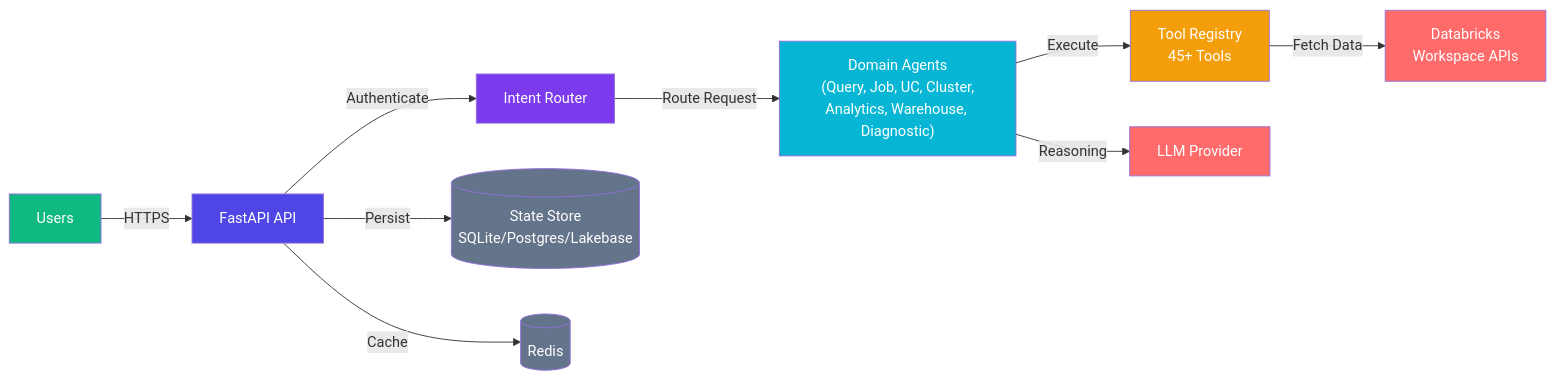
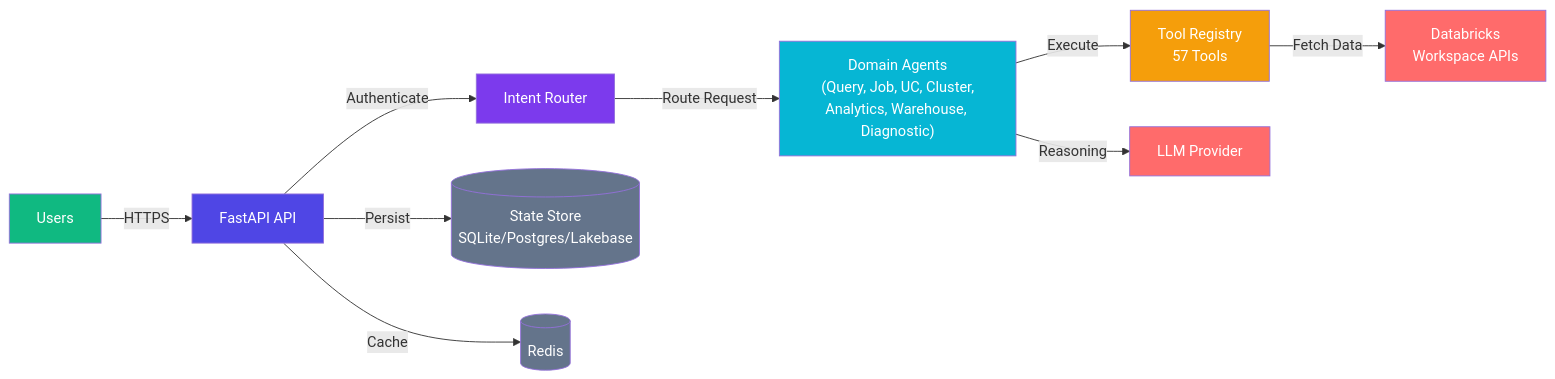
One commit to bluewatersql/starboard changed the diagram in docs/diagrams/source/architecture/system-overview-enhanced.mmd. Above: the diagram before and after it, drawn with Mermaid. The commit also changed 39 other files, not shown here.

```diff
--- a/docs/diagrams/source/architecture/system-overview-enhanced.mmd
+++ b/docs/diagrams/source/architecture/system-overview-enhanced.mmd
@@ -1,35 +1,35 @@
 %%{init: {'theme':'default', 'themeVariables': {'fontSize':'16px'}}}%%
 
 graph LR
     %% User Layer
     User[Users] -->|HTTPS| API[FastAPI API]
     
     %% API to Routing
     API -->|Authenticate| Router[Intent Router]
     
     %% Router to Agents
     Router -->|Route Request| Agents["Domain Agents<br/>(Query, Job, UC, Cluster,<br/>Analytics, Warehouse, Diagnostic)"]
     
     %% Agents to Tools
-    Agents -->|Execute| Tools[Tool Registry<br/>45+ Tools]
+    Agents -->|Execute| Tools[Tool Registry<br/>57 Tools]
     
     %% Agents to LLM
     Agents -->|Reasoning| LLM[LLM Provider]
     
     %% Tools to Services
     Tools -->|Fetch Data| Databricks[Databricks<br/>Workspace APIs]
     
     %% State Management
     API -->|Persist| State[(State Store<br/>SQLite/Postgres/Lakebase)]
     API -->|Cache| Redis[(Redis)]
     
     %% Styling
     style User fill:#10b981,color:#fff
     style API fill:#4f46e5,color:#fff
     style Router fill:#7c3aed,color:#fff
     style Agents fill:#06b6d4,color:#fff
     style Tools fill:#f59e0b,color:#fff
     style LLM fill:#ff6b6b,color:#fff
     style Databricks fill:#ff6b6b,color:#fff
     style State fill:#64748b,color:#fff
     style Redis fill:#64748b,color:#fff
```
